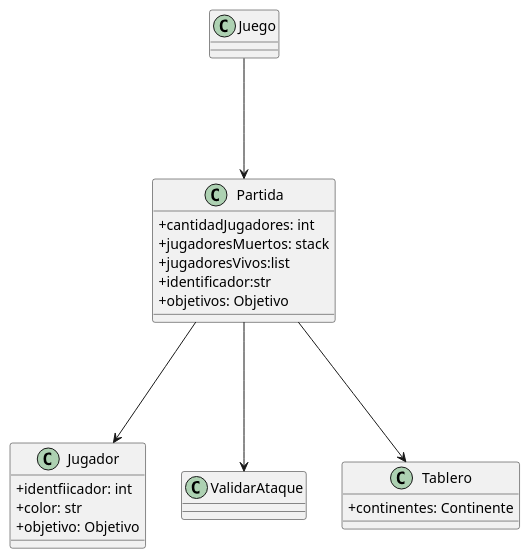
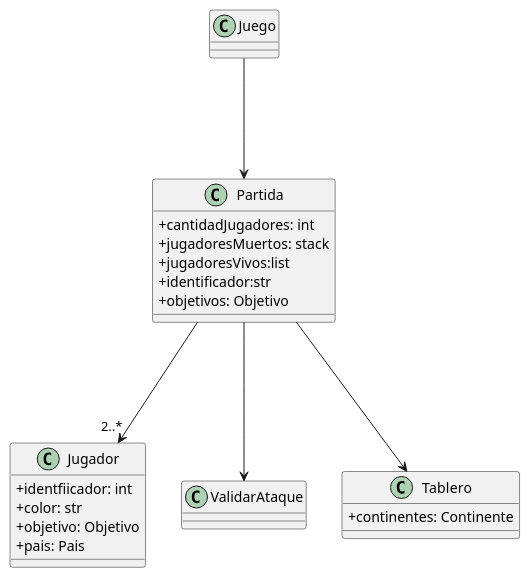
One commit to tomasshiao/TP2_Algo3 changed the diagram in diagramas/diagramaJuego.plantuml. Above: the diagram before and after it, drawn with PlantUML. The commit also changed 4 other files, not shown here.

Commit message:
diagramas De Clase

```diff
--- a/diagramas/diagramaJuego.plantuml
+++ b/diagramas/diagramaJuego.plantuml
@@ -1,34 +1,35 @@
 @startuml
 skinparam classAttributeIconSize 0
 
 class Juego {
        
 }
 
 class Partida{
         + cantidadJugadores: int
         +jugadoresMuertos: stack 
         +jugadoresVivos:list 
         +identificador:str 
         +objetivos: Objetivo
 }
 
 class Jugador{
         +identfiicador: int 
         + color: str
         +objetivo: Objetivo 
+        +pais: Pais
 }
 
 class ValidarAtaque{}
 
 class Tablero{
         +continentes: Continente
 } 
 
 
 Juego ---> Partida
-Partida ---> Jugador
+Partida --->"2..*" Jugador
 Partida ---> ValidarAtaque
 Partida ---> Tablero
 
 @enduml
```
